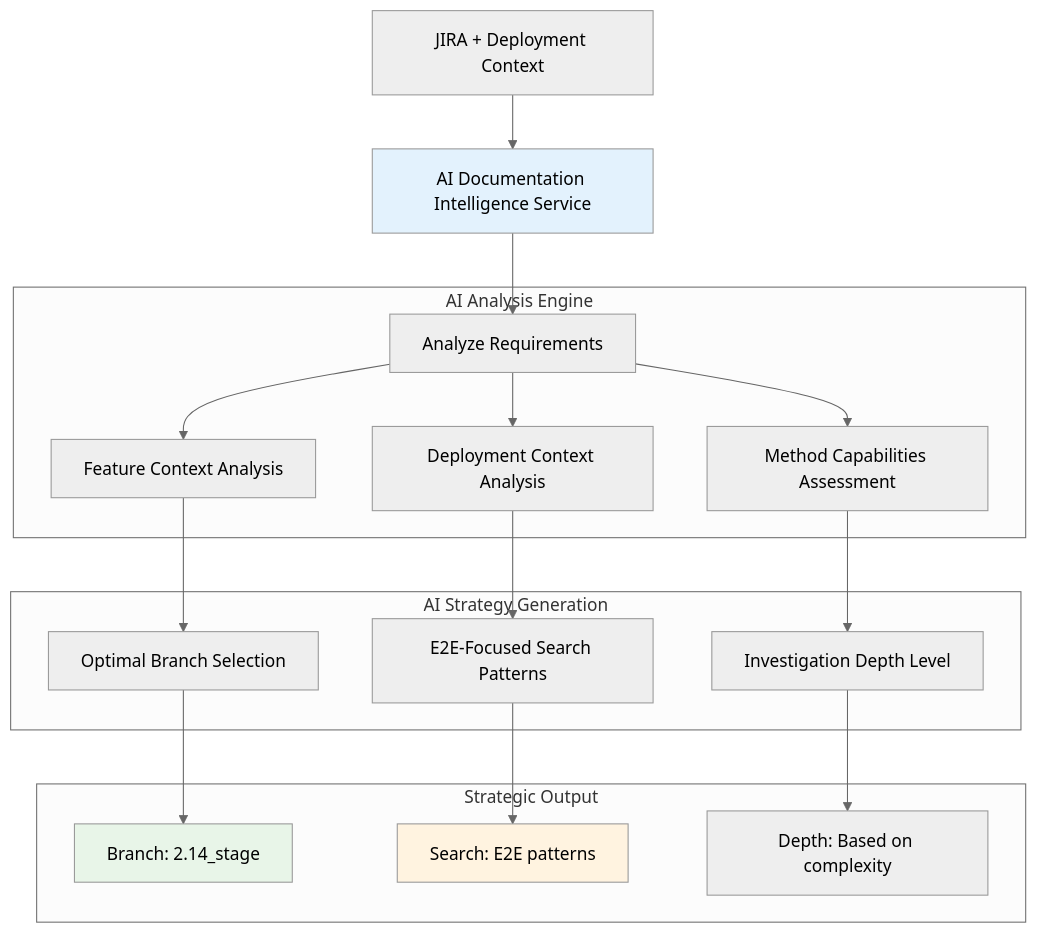
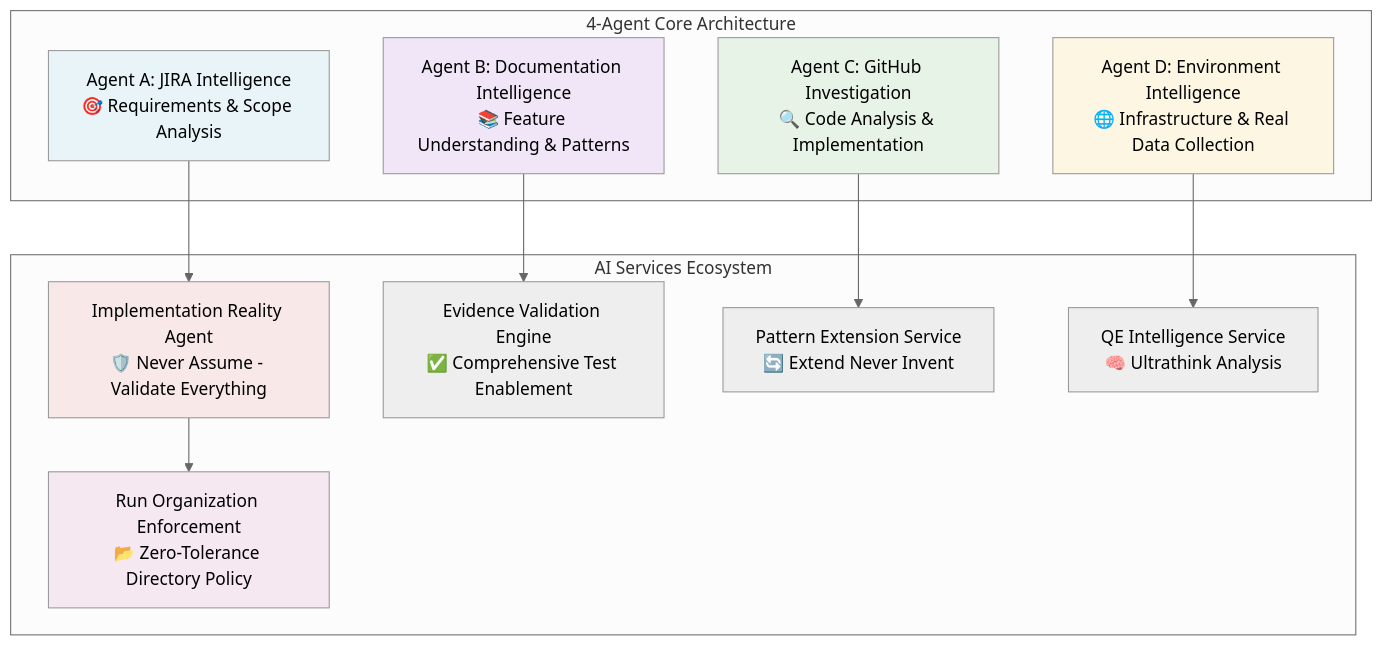
The diagram in apps/claude-test-generator/docs/framework-workflow-details.md (stolostron/ai-test-gen), drawn with Mermaid (neutral theme) before and after one commit. The commit also changed other lines of this file and 63 other files, not shown here.

````diff
--- a/apps/claude-test-generator/docs/framework-workflow-details.md
+++ b/apps/claude-test-generator/docs/framework-workflow-details.md
@@ -926,42 +99,30 @@
 ```mermaid
-flowchart TD
-    CONTEXT[JIRA + Deployment Context]
-    AI_SERVICE[AI Documentation Intelligence Service]
-    
-    subgraph "AI Analysis Engine"
-        REQUIREMENTS[Analyze Requirements]
-        FEATURE[Feature Context Analysis]
-        DEPLOYMENT[Deployment Context Analysis]
-        METHOD[Method Capabilities Assessment]
+graph TD
+    subgraph "4-Agent Core Architecture"
+        A[Agent A: JIRA Intelligence<br/>🎯 Requirements & Scope Analysis]
+        B[Agent B: Documentation Intelligence<br/>📚 Feature Understanding & Patterns]
+        C[Agent C: GitHub Investigation<br/>🔍 Code Analysis & Implementation]
+        D[Agent D: Environment Intelligence<br/>🌐 Infrastructure & Real Data Collection]
     end
     
-    subgraph "AI Strategy Generation"
-        BRANCH[Optimal Branch Selection]
-        PATTERNS[E2E-Focused Search Patterns]
-        DEPTH[Investigation Depth Level]
+    subgraph "AI Services Ecosystem"
+        AI1[Implementation Reality Agent<br/>🛡️ Never Assume - Validate Everything]
+        AI2[Evidence Validation Engine<br/>✅ Comprehensive Test Enablement]
+        AI3[Pattern Extension Service<br/>🔄 Extend Never Invent]
+        AI4[QE Intelligence Service<br/>🧠 Ultrathink Analysis]
+        AI5[Run Organization Enforcement<br/>📂 Zero-Tolerance Directory Policy]
     end
     
-    subgraph "Strategic Output"
-        RECOMMENDED[Branch: 2.14_stage]
-        FOCUSED[Search: E2E patterns]
-        COMPLEXITY[Depth: Based on complexity]
-    end
+    A --> AI1
+    B --> AI2
+    C --> AI3
+    D --> AI4
+    AI1 --> AI5
     
-    CONTEXT --> AI_SERVICE
-    AI_SERVICE --> REQUIREMENTS
-    REQUIREMENTS --> FEATURE
-    REQUIREMENTS --> DEPLOYMENT
-    REQUIREMENTS --> METHOD
-    
-    FEATURE --> BRANCH
-    DEPLOYMENT --> PATTERNS
-    METHOD --> DEPTH
-    
-    BRANCH --> RECOMMENDED
-    PATTERNS --> FOCUSED
-    DEPTH --> COMPLEXITY
-    
-    style AI_SERVICE fill:#e3f2fd
-    style RECOMMENDED fill:#e8f5e8
-    style FOCUSED fill:#fff3e0
+    style A fill:#e8f4f8
+    style B fill:#f0e6f7
+    style C fill:#e6f3e6
+    style D fill:#fdf6e3
+    style AI1 fill:#f8e8e8
+    style AI5 fill:#f5e8f0
 ```
````
